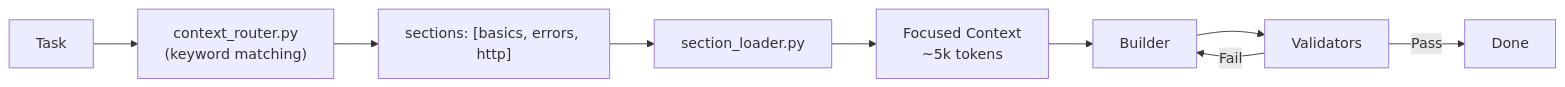
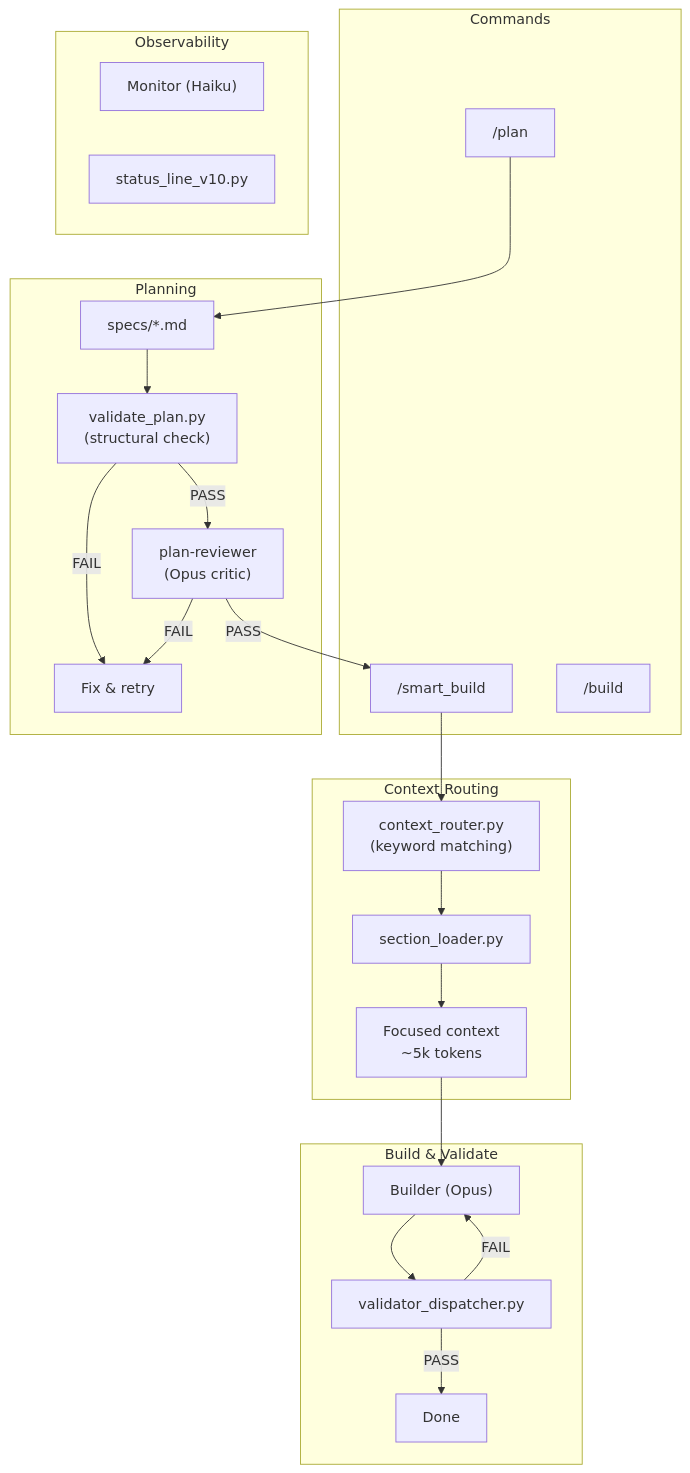
One commit to a-simeshin/claude-code-hooks-mastery changed the first of 2 diagrams in README.md. Above: the diagram before and after it, drawn with Mermaid. The commit also changed other lines of this file, not shown here.

````diff
--- a/README.md
+++ b/README.md
@@ -72,11 +22,35 @@
 ```mermaid
-flowchart LR
-    A[Task] --> B["context_router.py<br/>(keyword matching)"]
-    B --> D["sections: [basics, errors, http]"]
-    D --> E["section_loader.py"]
-    E --> F["Focused Context<br/>~5k tokens"]
-    F --> G[Builder]
-    G --> H[Validators]
-    H -->|Fail| G
-    H -->|Pass| I[Done]
+flowchart TB
+    subgraph Commands
+        plan["/plan"]
+        smart["/smart_build"]
+        build["/build"]
+    end
+
+    subgraph Planning
+        plan --> spec["specs/*.md"]
+        spec --> vp["validate_plan.py<br/>(structural check)"]
+        vp -->|PASS| pr["plan-reviewer<br/>(Opus critic)"]
+        pr -->|PASS| smart
+        vp -->|FAIL| fix["Fix & retry"]
+        pr -->|FAIL| fix
+    end
+
+    subgraph "Context Routing"
+        smart --> cr["context_router.py<br/>(keyword matching)"]
+        cr --> sl["section_loader.py"]
+        sl --> ctx["Focused context<br/>~5k tokens"]
+    end
+
+    subgraph "Build & Validate"
+        ctx --> builder["Builder (Opus)"]
+        builder --> vd["validator_dispatcher.py"]
+        vd -->|FAIL| builder
+        vd -->|PASS| done["Done"]
+    end
+
+    subgraph Observability
+        monitor["Monitor (Haiku)"]
+        status["status_line_v10.py"]
+    end
 ```
````
